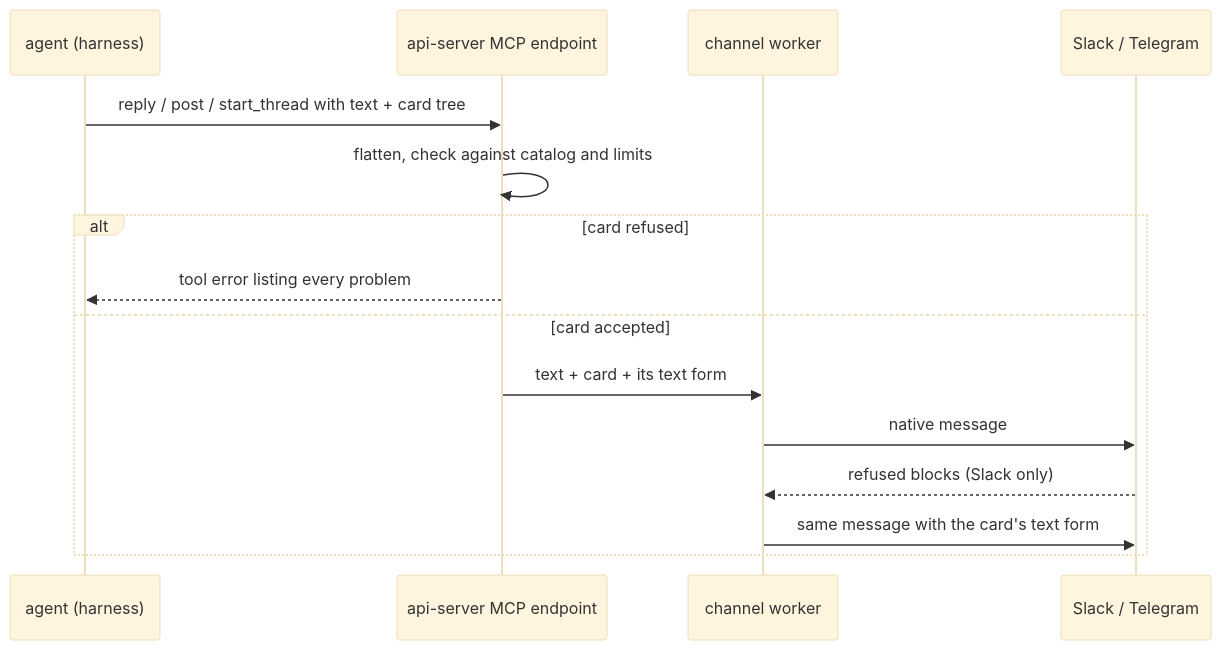
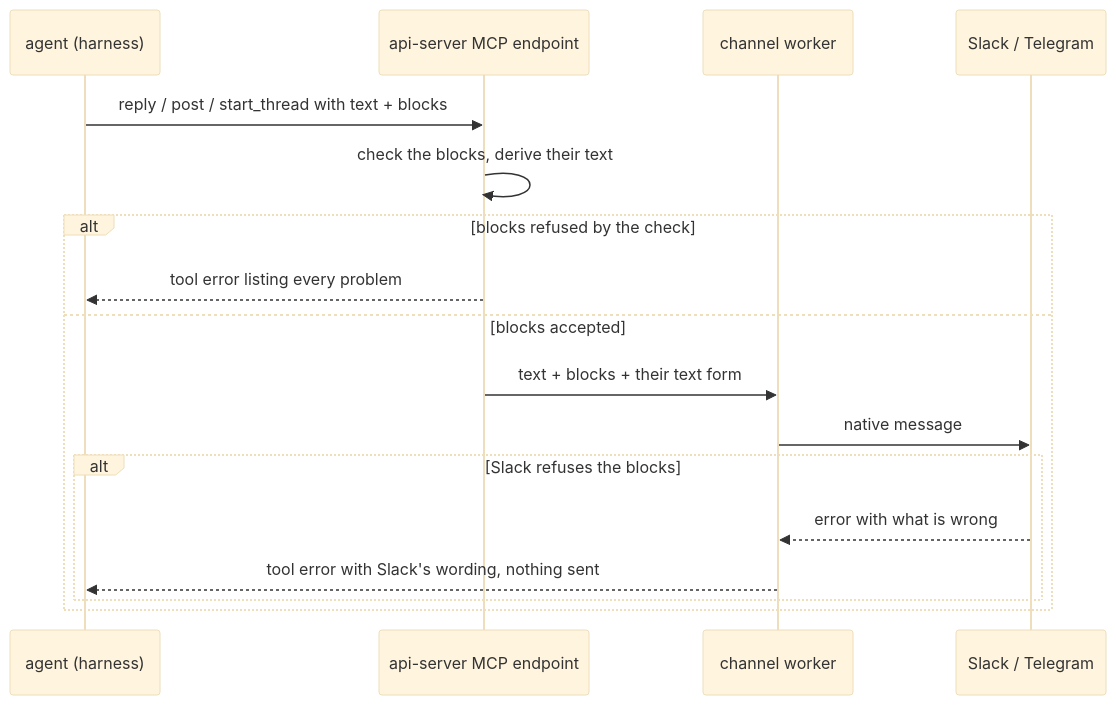
The diagram in docs/architecture/channel-cards.md (dam-agents/dam), drawn with Mermaid (base theme) before and after one commit. The commit also changed other lines of this file and 8 other files, not shown here.

````diff
--- a/docs/architecture/channel-cards.md
+++ b/docs/architecture/channel-cards.md
@@ -36,17 +41,19 @@
 ```mermaid
 sequenceDiagram
   participant A as agent (harness)
   participant M as api-server MCP endpoint
   participant W as channel worker
   participant S as Slack / Telegram
-  A->>M: reply / post / start_thread with text + card tree
-  M->>M: flatten, check against catalog and limits
-  alt card refused
+  A->>M: reply / post / start_thread with text + blocks
+  M->>M: check the blocks, derive their text
+  alt blocks refused by the check
     M-->>A: tool error listing every problem
-  else card accepted
-    M->>W: text + card + its text form
+  else blocks accepted
+    M->>W: text + blocks + their text form
     W->>S: native message
-    S-->>W: refused blocks (Slack only)
-    W->>S: same message with the card's text form
+    alt Slack refuses the blocks
+      S-->>W: error with what is wrong
+      W-->>A: tool error with Slack's wording, nothing sent
+    end
   end
 ```
````
